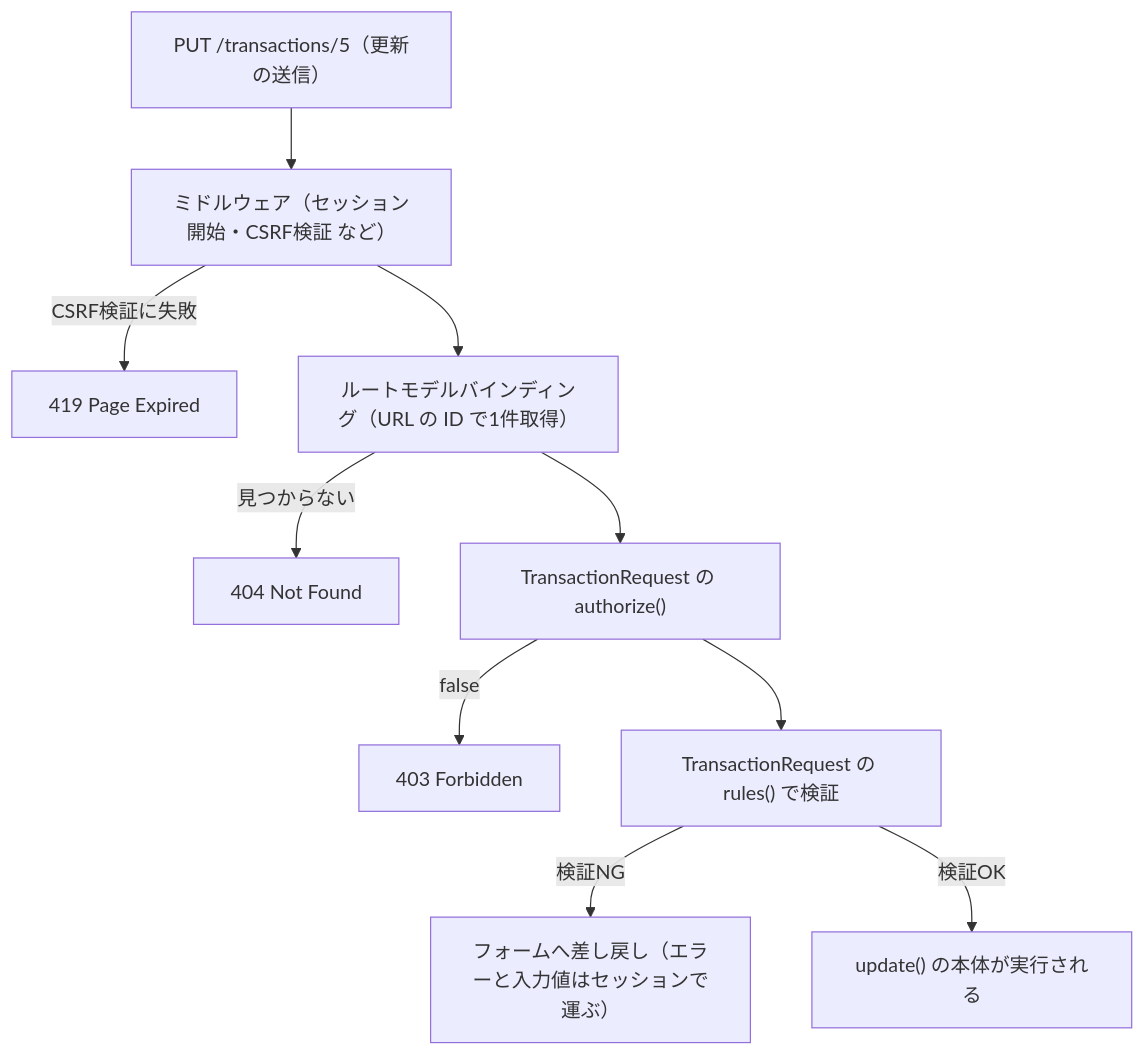
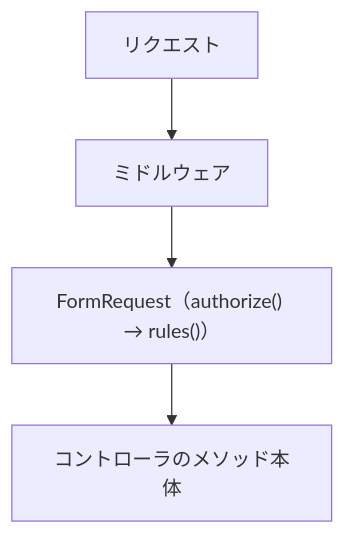
The diagram in docs/index.md (abekdwight/gslabo-lesson4), drawn with Mermaid before and after one commit. The commit also changed other lines of this file, not shown here.

Commit message:
simplify formrequest diagram to layers only

````diff
--- a/docs/index.md
+++ b/docs/index.md
@@ -787,12 +787,6 @@
 ```mermaid
 flowchart TB
-    A["PUT /transactions/5（更新の送信）"] --> B["ミドルウェア（セッション開始・CSRF検証 など）"]
-    B -->|CSRF検証に失敗| RB["419 Page Expired"]
-    B --> C["ルートモデルバインディング（URL の ID で1件取得）"]
-    C -->|見つからない| RC["404 Not Found"]
-    C --> D["TransactionRequest の authorize()"]
-    D -->|false| RD["403 Forbidden"]
-    D --> E["TransactionRequest の rules() で検証"]
-    E -->|検証NG| RE["フォームへ差し戻し（エラーと入力値はセッションで運ぶ）"]
-    E -->|検証OK| F["update() の本体が実行される"]
+    A["リクエスト"] --> B["ミドルウェア"]
+    B --> C["FormRequest（authorize() → rules()）"]
+    C --> D["コントローラのメソッド本体"]
 ```
````
